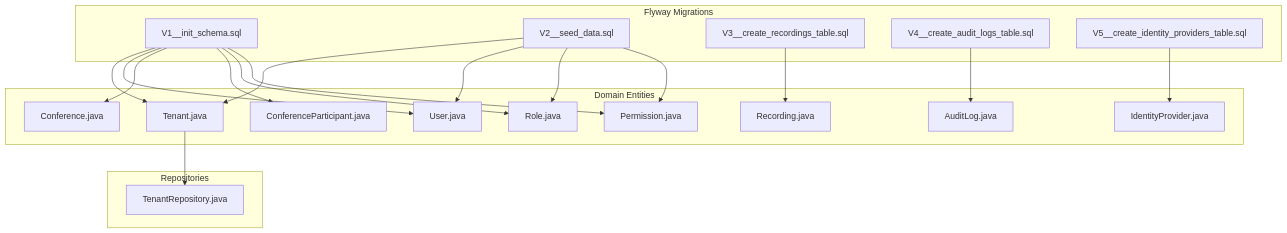
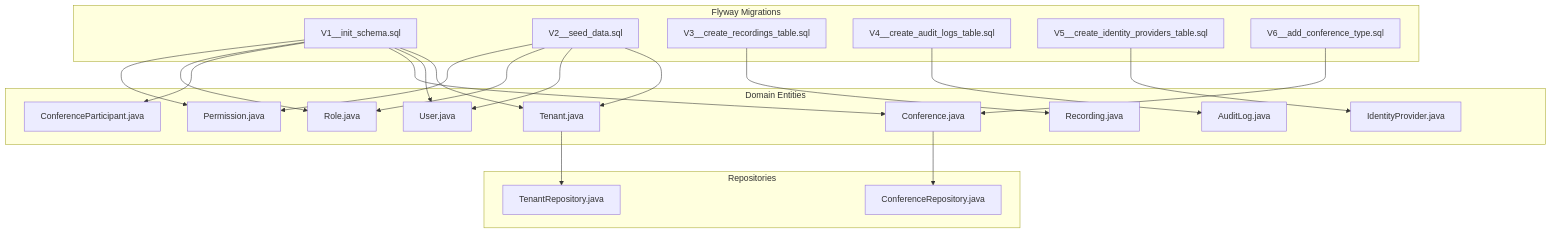
Before and after one commit to Vostrikov2014/vks-qoder: the first of 5 diagrams in .qoder/repowiki/en/content/Database Design/Database Design.md, drawn with Mermaid. The commit also changed other lines of this file and 12 other files, not shown here.

````diff
--- a/.qoder/repowiki/en/content/Database Design/Database Design.md
+++ b/.qoder/repowiki/en/content/Database Design/Database Design.md
@@ -46,38 +60,42 @@
 ```mermaid
 graph TB
 subgraph "Flyway Migrations"
 V1["V1__init_schema.sql"]
 V2["V2__seed_data.sql"]
 V3["V3__create_recordings_table.sql"]
 V4["V4__create_audit_logs_table.sql"]
 V5["V5__create_identity_providers_table.sql"]
+V6["V6__add_conference_type.sql"]
 end
 subgraph "Domain Entities"
 E_Tenant["Tenant.java"]
 E_User["User.java"]
 E_Conf["Conference.java"]
 E_Part["ConferenceParticipant.java"]
 E_Rec["Recording.java"]
 E_Audit["AuditLog.java"]
 E_IDP["IdentityProvider.java"]
 E_Role["Role.java"]
 E_Permission["Permission.java"]
 end
 subgraph "Repositories"
 R_Tenant["TenantRepository.java"]
+R_Conf["ConferenceRepository.java"]
 end
 V1 --> E_Tenant
 V1 --> E_User
 V1 --> E_Conf
 V1 --> E_Part
 V1 --> E_Role
 V1 --> E_Permission
 V2 --> E_Tenant
 V2 --> E_User
 V2 --> E_Role
 V2 --> E_Permission
 V3 --> E_Rec
 V4 --> E_Audit
 V5 --> E_IDP
+V6 --> E_Conf
 E_Tenant --> R_Tenant
+E_Conf --> R_Conf
 ```
````
